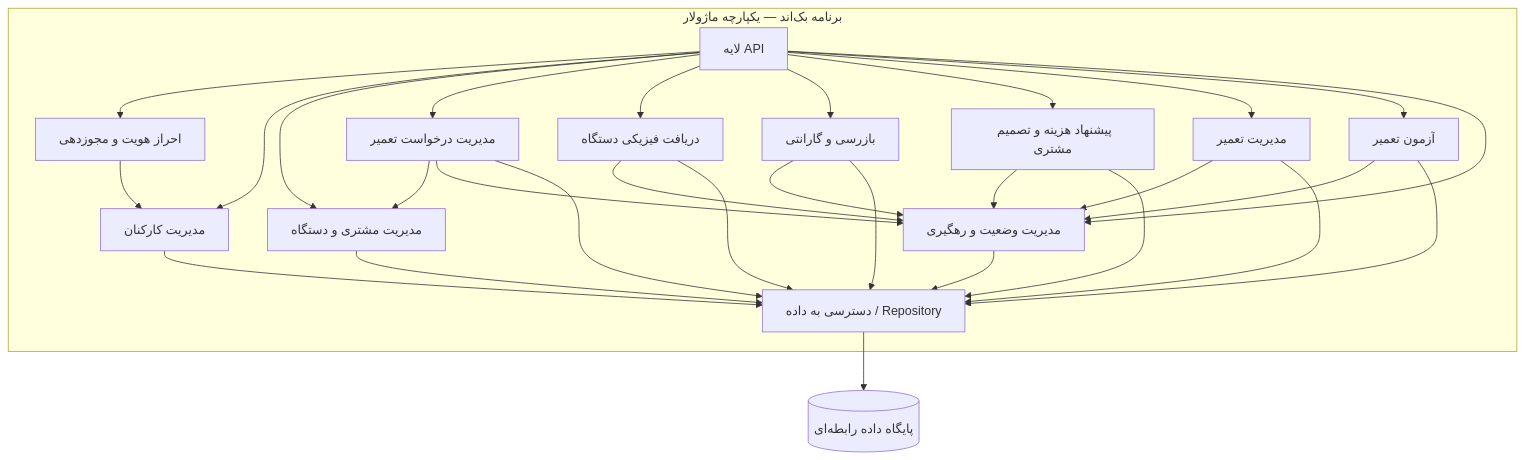
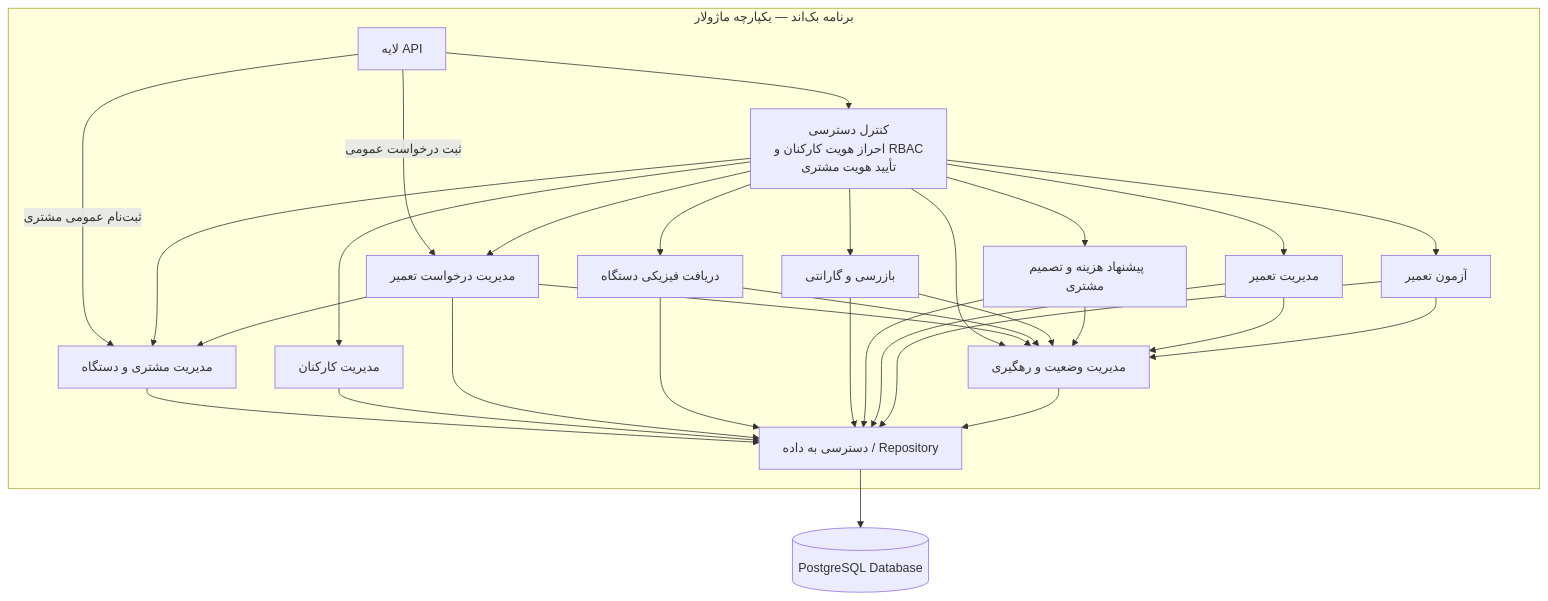
One commit to ARKN11/GaranTech changed the diagram in docs/design/architecture/component-diagram.md. Above: the diagram before and after it, drawn with Mermaid. The commit also changed other lines of this file, not shown here.

Commit message:
docs: clarify staff and customer access control boundaries

````diff
--- a/docs/design/architecture/component-diagram.md
+++ b/docs/design/architecture/component-diagram.md
@@ -28,51 +28,52 @@
 ```mermaid
 flowchart TB
     API["لایه API"]
 
     subgraph Backend["برنامه بک‌اند — یکپارچه ماژولار"]
-        AUTH["احراز هویت و مجوزدهی"]
+        AUTH["کنترل دسترسی<br/>احراز هویت کارکنان و RBAC<br/>تأیید هویت مشتری"]
         STAFF["مدیریت کارکنان"]
         CUSTOMER["مدیریت مشتری و دستگاه"]
         REQUEST["مدیریت درخواست تعمیر"]
         RECEIPT["دریافت فیزیکی دستگاه"]
         INSPECTION["بازرسی و گارانتی"]
         PROPOSAL["پیشنهاد هزینه و تصمیم مشتری"]
         REPAIR["مدیریت تعمیر"]
         TEST["آزمون تعمیر"]
         STATUS["مدیریت وضعیت و رهگیری"]
         DATA["دسترسی به داده / Repository"]
 
         API --> AUTH
-        API --> STAFF
-        API --> CUSTOMER
-        API --> REQUEST
-        API --> RECEIPT
-        API --> INSPECTION
-        API --> PROPOSAL
-        API --> REPAIR
-        API --> TEST
-        API --> STATUS
+        API -->|"ثبت‌نام عمومی مشتری"| CUSTOMER
+        API -->|"ثبت درخواست عمومی"| REQUEST
 
         AUTH --> STAFF
+        AUTH --> CUSTOMER
+        AUTH --> REQUEST
+        AUTH --> RECEIPT
+        AUTH --> INSPECTION
+        AUTH --> PROPOSAL
+        AUTH --> REPAIR
+        AUTH --> TEST
+        AUTH --> STATUS
 
         REQUEST --> CUSTOMER
         REQUEST --> STATUS
         RECEIPT --> STATUS
         INSPECTION --> STATUS
         PROPOSAL --> STATUS
         REPAIR --> STATUS
         TEST --> STATUS
 
         CUSTOMER --> DATA
         STAFF --> DATA
         REQUEST --> DATA
         RECEIPT --> DATA
         INSPECTION --> DATA
         PROPOSAL --> DATA
         REPAIR --> DATA
         TEST --> DATA
         STATUS --> DATA
     end
 
-    DATA --> DB[("پایگاه داده رابطه‌ای")]
+    DATA --> DB[("PostgreSQL Database")]
 ```
````
